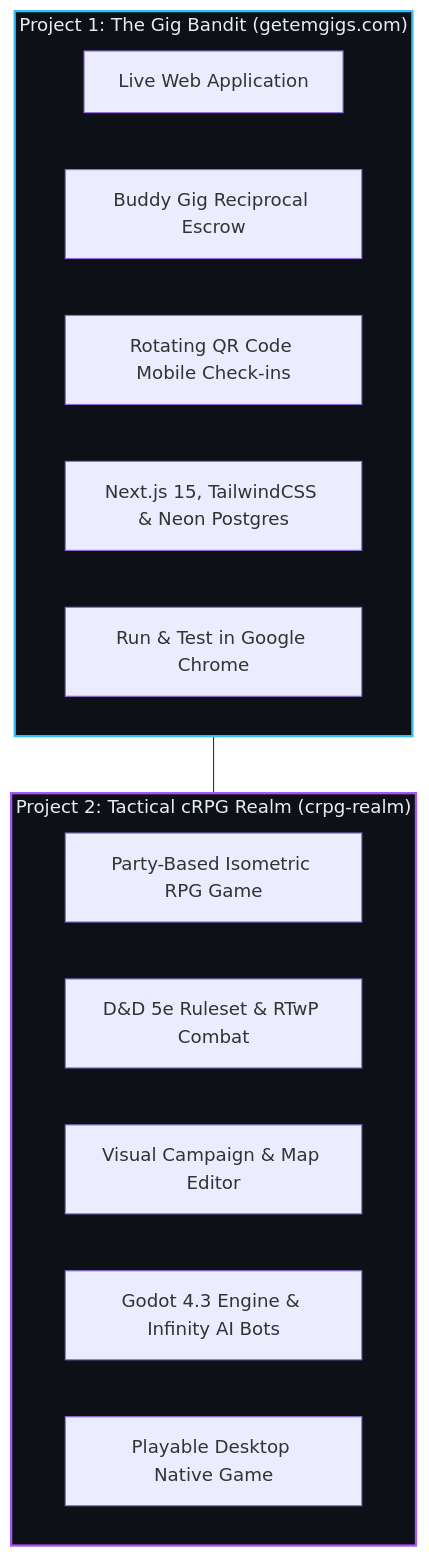
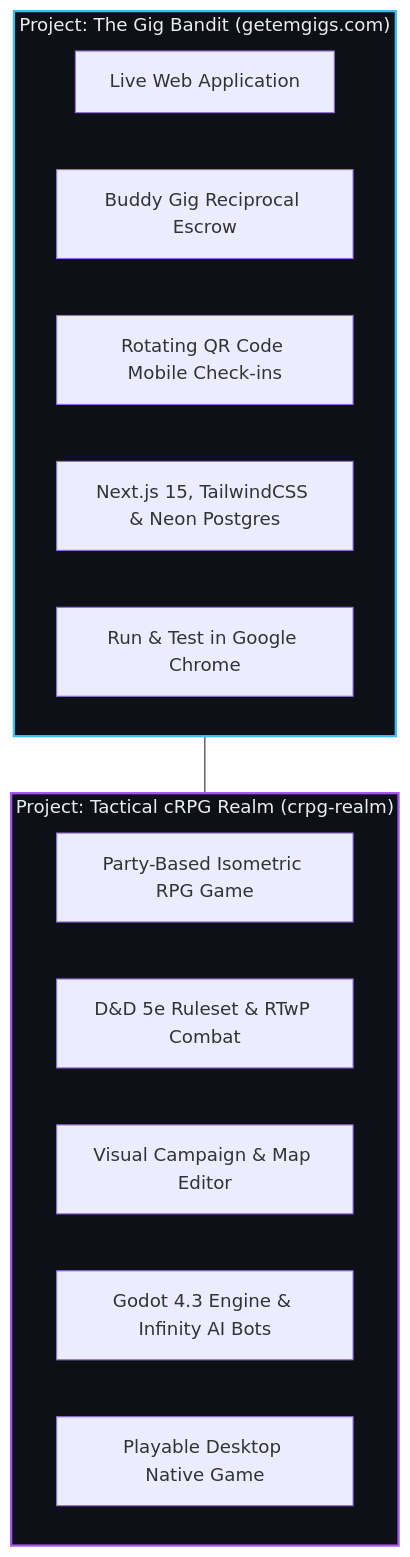
The diagram in docs/training/for-non-developers.md (nddipiazza/robos), drawn with Mermaid before and after one commit. The commit also changed other lines of this file and 9 other files, not shown here.

Commit message:
feat(docs): eliminate count listings, elevate non-developer training quality and add Review Theater architecture diagram

````diff
--- a/docs/training/for-non-developers.md
+++ b/docs/training/for-non-developers.md
@@ -66,23 +80,23 @@
 ```mermaid
 graph TD
-    subgraph P1 ["Project 1: The Gig Bandit (getemgigs.com)"]
+    subgraph P1 ["Project: The Gig Bandit (getemgigs.com)"]
         G1["Live Web Application"]
         G2["Buddy Gig Reciprocal Escrow"]
         G3["Rotating QR Code Mobile Check-ins"]
         G4["Next.js 15, TailwindCSS & Neon Postgres"]
         G5["Run & Test in Google Chrome"]
     end
 
-    subgraph P2 ["Project 2: Tactical cRPG Realm (crpg-realm)"]
+    subgraph P2 ["Project: Tactical cRPG Realm (crpg-realm)"]
         R1["Party-Based Isometric RPG Game"]
         R2["D&D 5e Ruleset & RTwP Combat"]
         R3["Visual Campaign & Map Editor"]
         R4["Godot 4.3 Engine & Infinity AI Bots"]
         R5["Playable Desktop Native Game"]
     end
 
     P1 --- P2
     
     style P1 fill:#0d1117,stroke:#38bdf8,stroke-width:2px,color:#e6edf3
     style P2 fill:#0d1117,stroke:#a855f7,stroke-width:2px,color:#e6edf3
 ```
````
